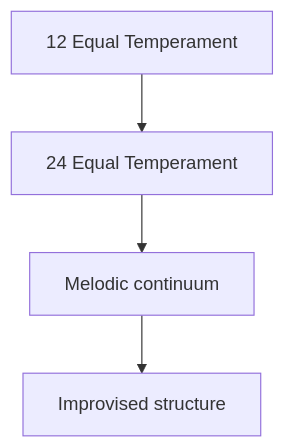
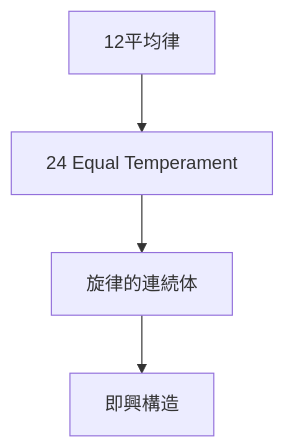
The first of 3 diagrams in en/_posts/2025-12-17-column-microtonal-jazz-quarter-tone-jazz.md (monumental-movement/monumental-movement.github.io), drawn with Mermaid before and after one commit. The commit also changed other lines of this file and 2196 other files, not shown here.

```diff
--- a/en/_posts/2025-12-17-column-microtonal-jazz-quarter-tone-jazz.md
+++ b/en/_posts/2025-12-17-column-microtonal-jazz-quarter-tone-jazz.md
@@ -88,6 +88,6 @@
 <div class="mermaid">
 flowchart TD
-    A["12 Equal Temperament"] --> B["24 Equal Temperament"]
-    B --> C["Melodic continuum"]
-    C --> D["Improvised structure"]
+    A["12平均律"] --> B["24 Equal Temperament"]
+    B --> C["旋律的連続体"]
+    C --> D["即興構造"]
 </div>
```
